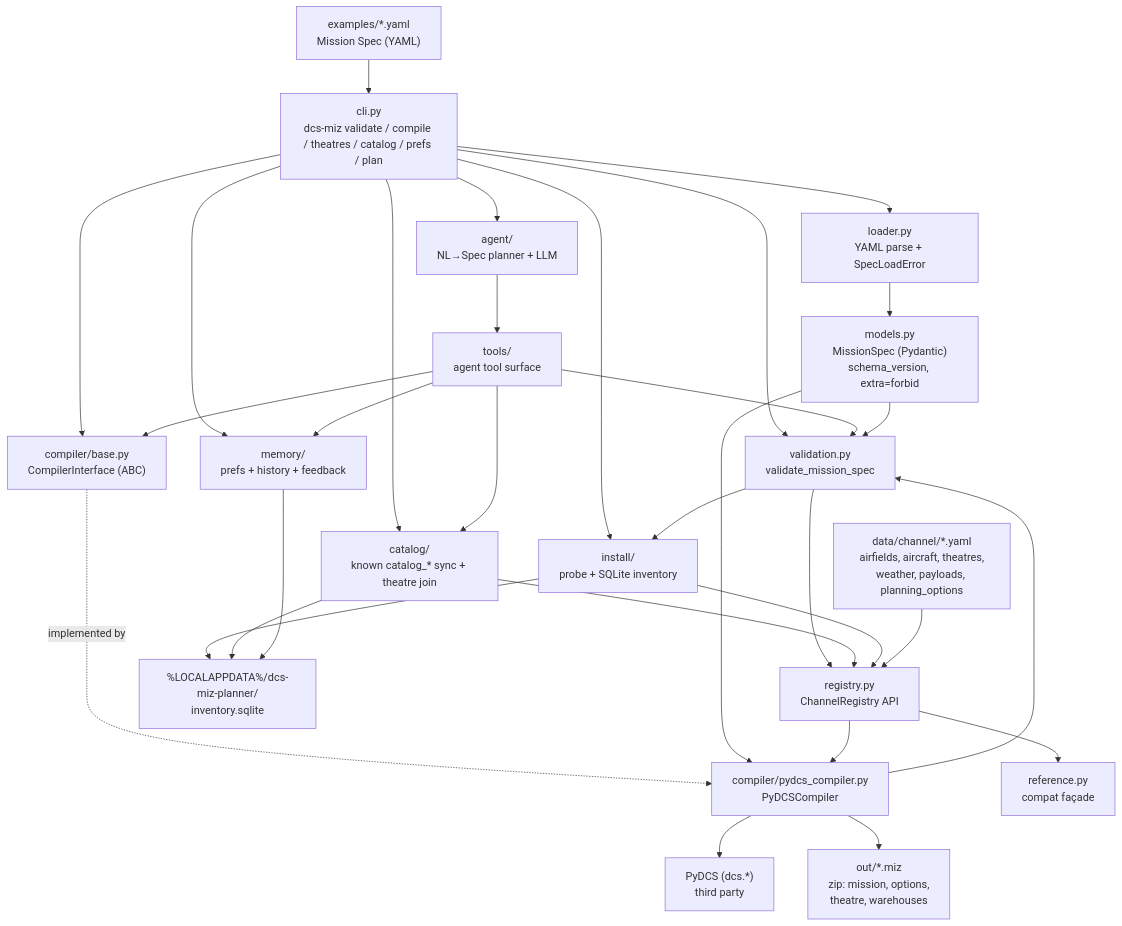
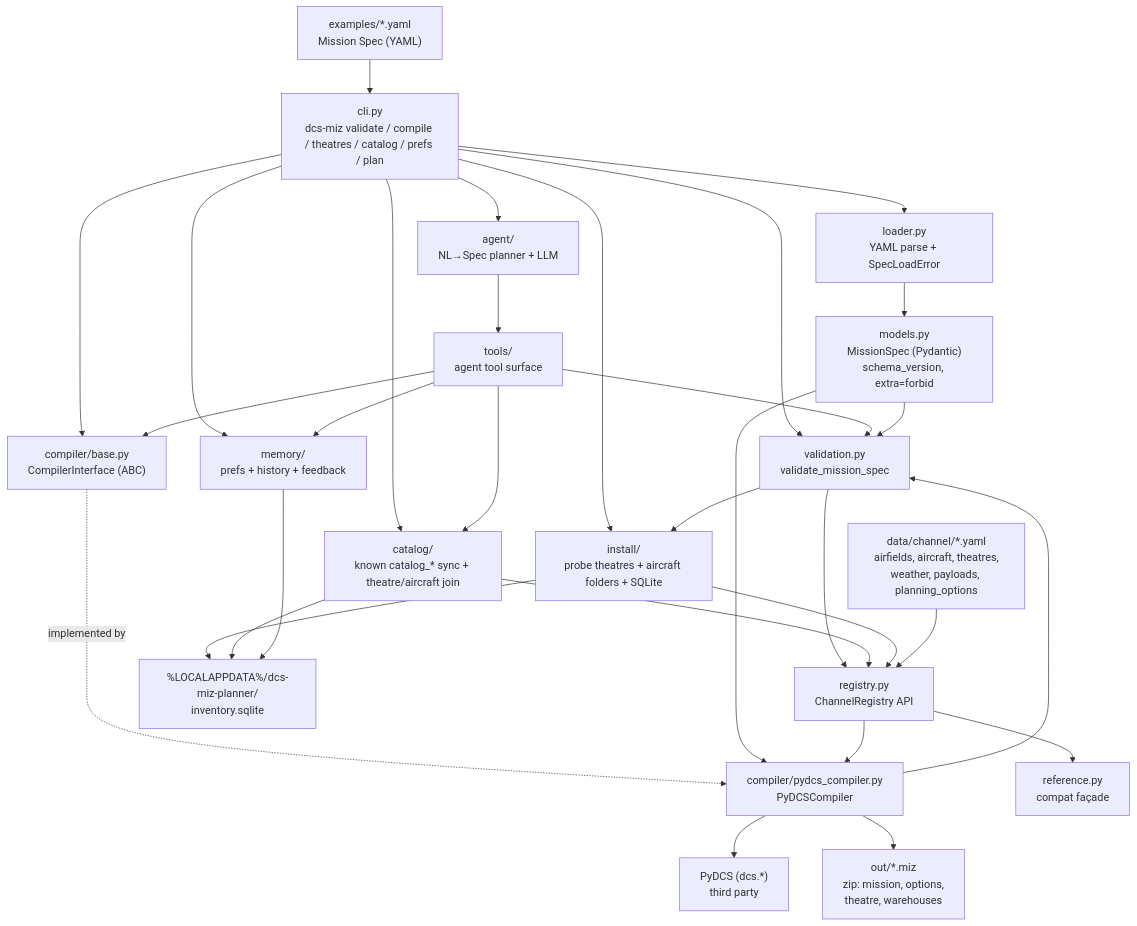
Before and after one commit to amalaguti/dcs-miz-planner-agentic: the first of 2 diagrams in docs/ARCHITECTURE.md, drawn with Mermaid. The commit also changed other lines of this file, not shown here.

First line of the commit message:
Document known vs discovered catalog layers in ARCHITECTURE.

````diff
--- a/docs/ARCHITECTURE.md
+++ b/docs/ARCHITECTURE.md
@@ -12,50 +12,50 @@
 ```mermaid
 flowchart TD
     yaml["examples/*.yaml<br/>Mission Spec (YAML)"]
     cli["cli.py<br/>dcs-miz validate / compile / theatres / catalog / prefs / plan"]
     loader["loader.py<br/>YAML parse + SpecLoadError"]
     models["models.py<br/>MissionSpec (Pydantic)<br/>schema_version, extra=forbid"]
     validation["validation.py<br/>validate_mission_spec"]
     base["compiler/base.py<br/>CompilerInterface (ABC)"]
     pydcs["compiler/pydcs_compiler.py<br/>PyDCSCompiler"]
     registry["registry.py<br/>ChannelRegistry API"]
     data["data/channel/*.yaml<br/>airfields, aircraft, theatres,<br/>weather, payloads, planning_options"]
-    catalog["catalog/<br/>known catalog_* sync + theatre join"]
+    catalog["catalog/<br/>known catalog_* sync + theatre/aircraft join"]
     tools["tools/<br/>agent tool surface"]
     agent["agent/<br/>NL→Spec planner + LLM"]
-    install["install/<br/>probe + SQLite inventory"]
+    install["install/<br/>probe theatres + aircraft folders + SQLite"]
     memory["memory/<br/>prefs + history + feedback"]
     invdb["%LOCALAPPDATA%/dcs-miz-planner/<br/>inventory.sqlite"]
     ref["reference.py<br/>compat façade"]
     lib["PyDCS (dcs.*)<br/>third party"]
     miz["out/*.miz<br/>zip: mission, options,<br/>theatre, warehouses"]
 
     yaml --> cli --> loader --> models
     cli --> validation
     cli --> base
     cli --> install
     cli --> catalog
     cli --> agent
     cli --> memory
     agent --> tools
     tools --> catalog
     tools --> memory
     tools --> validation
     tools --> base
     models --> validation
     validation --> registry
     validation --> install
     install --> invdb
     catalog --> invdb
     memory --> invdb
     catalog --> registry
     install --> registry
     base -.implemented by.-> pydcs
     models --> pydcs
     pydcs --> validation
     data --> registry
     registry --> pydcs
     registry --> ref
     pydcs --> lib
     pydcs --> miz
 ```
````
